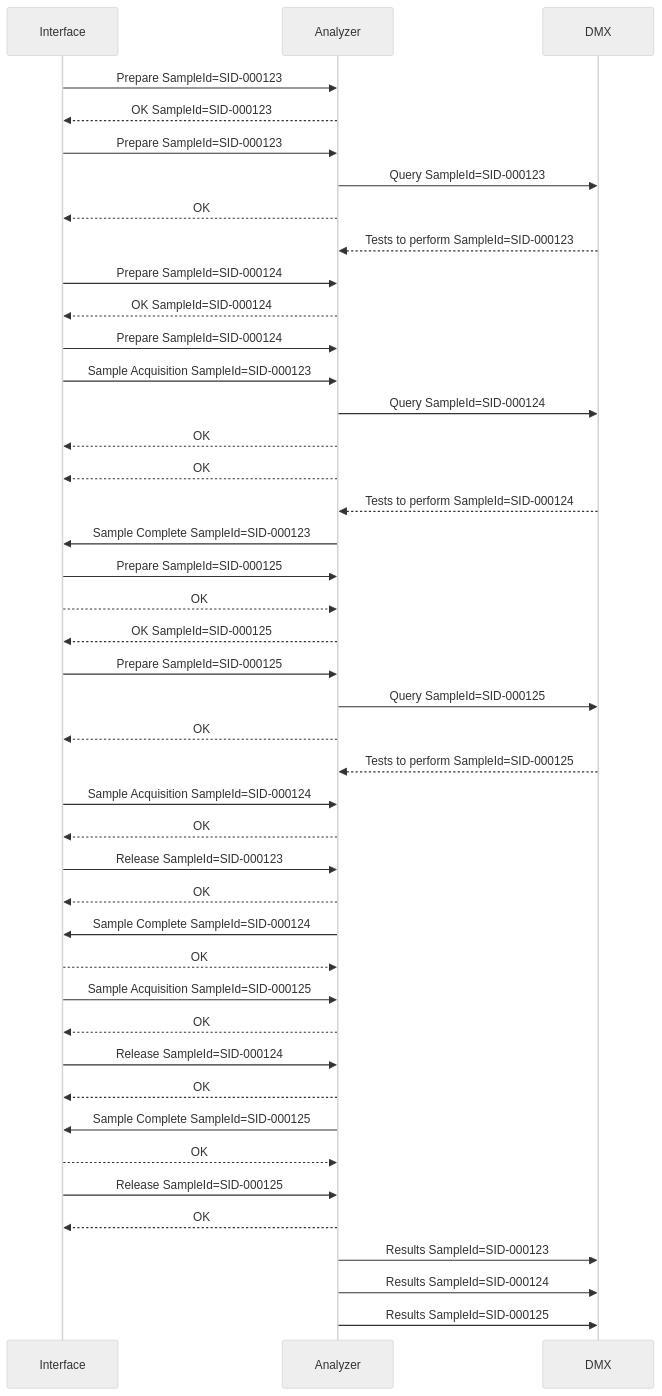
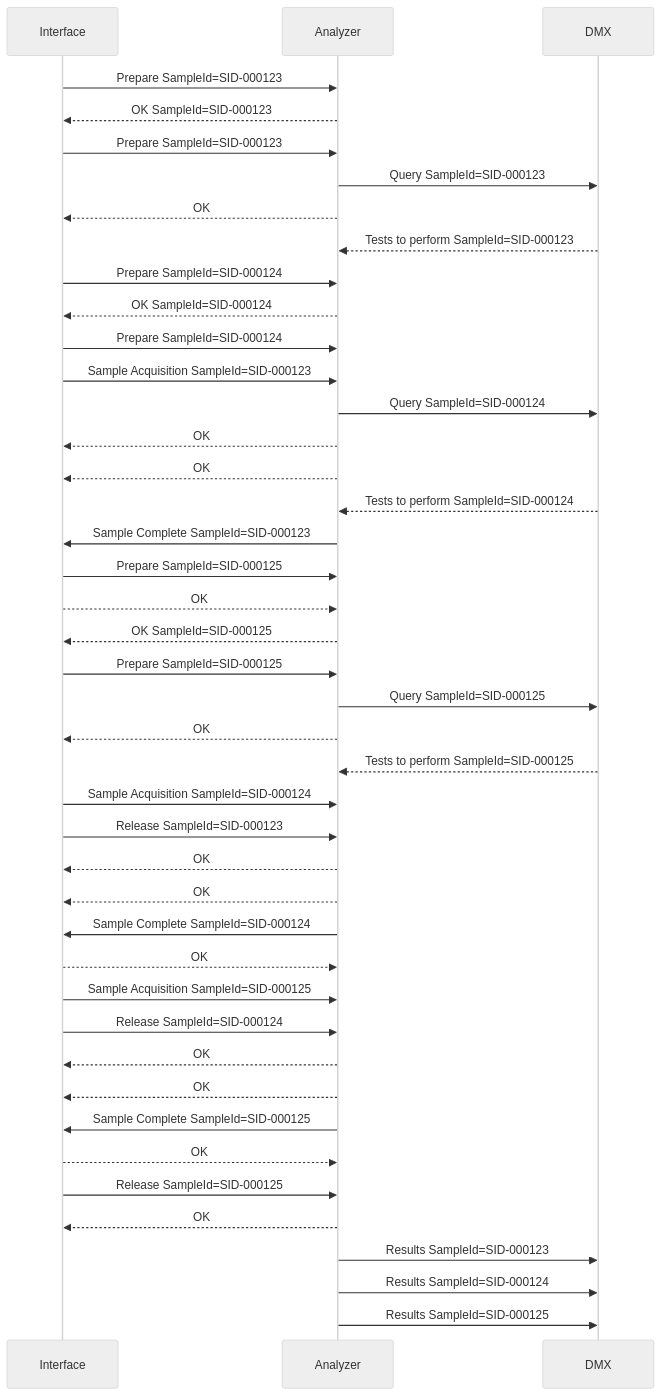
Before and after one commit to specialk74/trackviz: the diagram in scenes/02_turnstile_three_carriers.mmd, drawn with Mermaid (neutral theme). The commit also changed 25 other files, not shown here.

```diff
--- a/scenes/02_turnstile_three_carriers.mmd
+++ b/scenes/02_turnstile_three_carriers.mmd
@@ -1,178 +1,178 @@
 %% # Scene 02 — turnstile with gate and antenna, three carriers with tubes, happy path
 %% # The Pit-Lane ends in a turnstile: a wheel with three pockets (120° apart).
 %% # Positions: entry (right, at Pit-Lane height), under the analyzer needle (top),
 %% # exit (left, at Pit-Lane height). Each rotation moves entry -> needle -> exit.
 %% # In front of the wheel there are an antenna and a gate: every carrier stops at
 %% # the antenna (Prepare is sent again). It enters the wheel only if nothing is
 %% # being sampled under the needle; otherwise it waits for Sample Complete. The
 %% # wheel rotates only after the waiting carrier has entered.
 %% # Carrier flow: right to left, Pit-Lane above the Main-Lane.
 %% # Coordinates are in a fixed 1920x1080 space (track panel: x 30..950, y 120..885).
 %% # Points left of x=30 or right of x=950 are outside the panel (hidden).
 %% geometry turnstile
 %% subtitle Turnstile with gate and antenna, three carriers holding sample tubes — happy path
 sequenceDiagram
     participant IF as Interface
     participant AN as Analyzer
     participant DMX as DMX
 
     %% carrier C1 SID-000123 route=main_in,nsd,pit_in,pit_wait,ts.in,ts.out,pit_out,merge,main_out,gone
     %% carrier C2 SID-000124 route=spawn,main_in,nsd,pit_in,pit_wait,ts.in,ts.out,pit_out,merge,main_out,gone color=#0EA5E9
     %% carrier C3 SID-000125 route=spawn,main_in,nsd,pit_in,pit_wait,ts.in,ts.out,pit_out,merge,main_out,gone color=#DB2777
 
     %% caption 1 · Turnstile with gate and antenna | The Pit-Lane ends in a turnstile, a wheel with three positions: entry, under the analyzer needle, exit. In front of it, an antenna and a gate: every carrier stops there first.
     %% at 2.6
     %% move C1 to pit_wait
 
     %% on antenna1 C1
     %% caption 2 · Diverted — Prepare — antenna | The first carrier is diverted into the Pit-Lane without stopping: Prepare. The gate stops it on the antenna, which reads it: the interface sends Prepare again. Nothing is being sampled, so the gate will open.
     %% on antenna1 C1
     %% highlight nsd duration=2
     %% on antenna1
     IF->>AN: Prepare SampleId=SID-000123
     %% after 0.1
     AN-->>IF: OK SampleId=SID-000123
     %% after 0.5 antenna2 C1
     %% highlight antenna2 duration=1.5
     %% after 0.5 antenna2 C1
     %% color #9333EA
     IF->>AN: Prepare SampleId=SID-000123
     %% after 0.1 OK C1
     AN->>DMX: Query SampleId=SID-000123
     %% after 0.1 Prepare C1
     %% for C1
     AN-->>IF: OK
     %% after 0.1 Query C1
     DMX-->>AN: Tests to perform SampleId=SID-000123
     %% after 0.1 OK C1
     %% move C1 to ts.in
 
     %% at 8.4
     %% move C2 to pit_wait
     %% after 0.972 OK C1
     %% caption 3 · Rotation — Sample Acquisition | With the carrier in the entry position the wheel rotates it under the needle: Sample Acquisition and aspiration. Meanwhile the second carrier is diverted, read at the antenna and held by the gate.
     %% rotate ts
     %% on antenna1 C2
     %% highlight nsd duration=2
     %% on antenna1
     IF->>AN: Prepare SampleId=SID-000124
     %% after 0.1
     AN-->>IF: OK SampleId=SID-000124
     %% after 0.5 antenna2 C2
     %% highlight antenna2 duration=1.5
     %% after 0.5 antenna2 C2
     %% color #9333EA
     IF->>AN: Prepare SampleId=SID-000124
     %% after 0.25 rotate ts
     IF->>AN: Sample Acquisition SampleId=SID-000123
     %% after 0.1 OK C2
     AN->>DMX: Query SampleId=SID-000124
     %% after 0.1 Prepare C2
     %% for C2
     AN-->>IF: OK
     %% after 0.1 Sample Acquisition C1
     %% for C1
     AN-->>IF: OK
     %% after 0.1 Query C2
     DMX-->>AN: Tests to perform SampleId=SID-000124
     %% after 0.1 OK C1
     %% pipette ts duration=5
 
     %% after 0.3
     %% caption 4 · Sample Complete — the waiting carrier enters | Sampling is finished: Sample Complete. Before the wheel rotates, the gate opens and the waiting carrier enters the entry position.
     %% after 0.3 pipette ts
     AN->>IF: Sample Complete SampleId=SID-000123
     %% at 20.3
     %% move C3 to pit_wait
     %% on antenna1 C3
     %% highlight nsd duration=2
     %% on antenna1
     IF->>AN: Prepare SampleId=SID-000125
     %% after 0.1 Sample Complete C1
     %% for C1
     IF-->>AN: OK
     %% after 0.1 Prepare C3
     AN-->>IF: OK SampleId=SID-000125
     %% after 0.1 OK C1
     %% move C2 to ts.in
     %% after 0.5 antenna2 C3
     %% highlight antenna2 duration=1.5
     %% after 0.5 antenna2 C3
     %% color #9333EA
     IF->>AN: Prepare SampleId=SID-000125
     %% after 0.972 OK C1
     %% caption 5 · Rotation — Sample Acquisition | Now the wheel rotates: the new carrier goes under the needle, the processed one to the exit and back to the Main-Lane (Release once it has left). The third carrier is diverted, read at the antenna and held by the closed gate.
     %% rotate ts
     %% after 0.1 OK C3
     AN->>DMX: Query SampleId=SID-000125
     %% after 0.1 Prepare C3
     %% for C3
     AN-->>IF: OK
     %% after 0.1 rotate ts
     %% move C1 to gone
     %% after 0.1 Query C3
     DMX-->>AN: Tests to perform SampleId=SID-000125
     %% after 0.25 rotate ts
     IF->>AN: Sample Acquisition SampleId=SID-000124
-    %% after 0.1
+    %% on antenna3
+    IF->>AN: Release SampleId=SID-000123
+    %% after 0.1 Sample Acquisition C2
     %% for C2
     AN-->>IF: OK
-    %% on antenna3
-    IF->>AN: Release SampleId=SID-000123
-    %% after 0.1 OK C2
-    %% pipette ts duration=4.5
     %% after 0.1 Release C1
     %% for C1
     AN-->>IF: OK
+    %% after 0.1 OK C2
+    %% pipette ts duration=4.5
 
-    %% after 0.3 pipette ts
+    %% after 0.3
     %% caption 6 · Sample Complete — enter — rotate | Sample Complete for the second sample. The third carrier enters the wheel, then the wheel rotates: the third sample under the needle, the second one to the exit.
     %% after 0.3 pipette ts
     AN->>IF: Sample Complete SampleId=SID-000124
     %% after 0.1
     %% for C2
     IF-->>AN: OK
     %% after 0.1
     %% move C3 to ts.in
     %% after 0.15
     %% rotate ts
     %% after 0.1
     %% move C2 to gone
     %% after 0.25 rotate ts
     IF->>AN: Sample Acquisition SampleId=SID-000125
-    %% after 0.1
+    %% on antenna3
+    IF->>AN: Release SampleId=SID-000124
+    %% after 0.1 Sample Acquisition C3
     %% for C3
     AN-->>IF: OK
-    %% on antenna3
-    IF->>AN: Release SampleId=SID-000124
-    %% after 0.1 OK C3
-    %% pipette ts duration=4.5
     %% after 0.1 Release C2
     %% for C2
     AN-->>IF: OK
+    %% after 0.1 OK C3
+    %% pipette ts duration=4.5
 
-    %% after 0.3 pipette ts
+    %% after 0.3
     %% caption 7 · Last carrier | Sample Complete for the third sample. No carrier is waiting at the gate: the wheel rotates the third carrier to the exit and it leaves the module (Release).
     %% after 0.3 pipette ts
     AN->>IF: Sample Complete SampleId=SID-000125
     %% after 0.1
     %% for C3
     IF-->>AN: OK
     %% after 0.1
     %% rotate ts
     %% after 0.1
     %% move C3 to gone
     %% on antenna3
     IF->>AN: Release SampleId=SID-000125
     %% after 0.1
     %% for C3
     AN-->>IF: OK
 
     %% after 1
     %% caption 8 · Results | Later, when the analysis is complete, the analyzer sends the results to DMX.
     %% after 0.3
     AN->>DMX: Results SampleId=SID-000123
     %% after 0.2
     AN->>DMX: Results SampleId=SID-000124
     %% after 0.2
     AN->>DMX: Results SampleId=SID-000125
```
